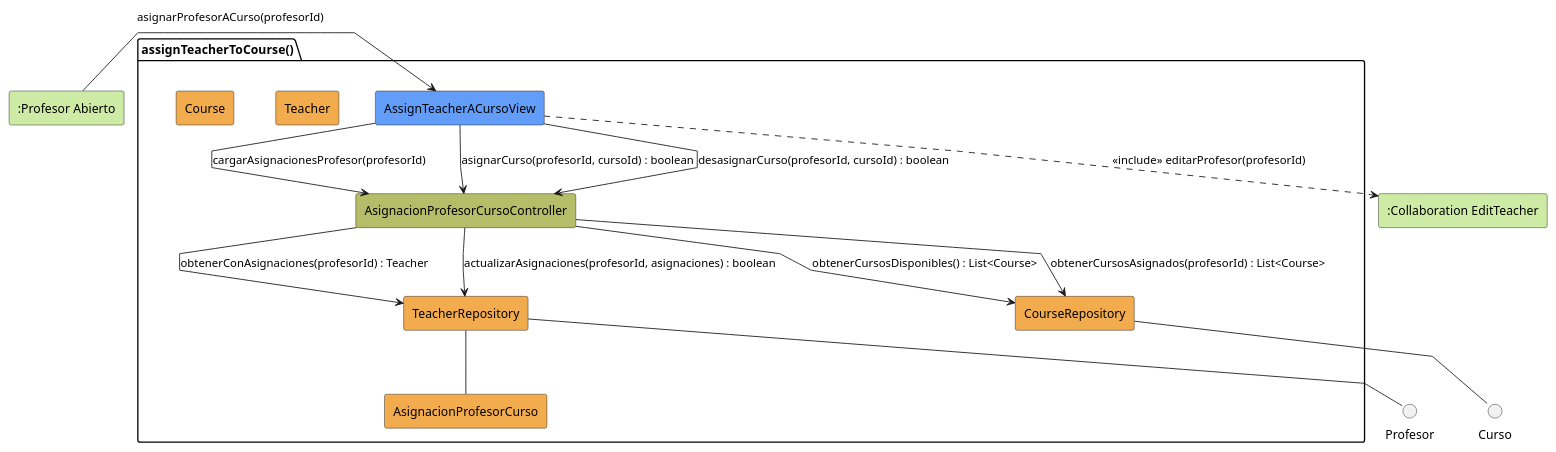
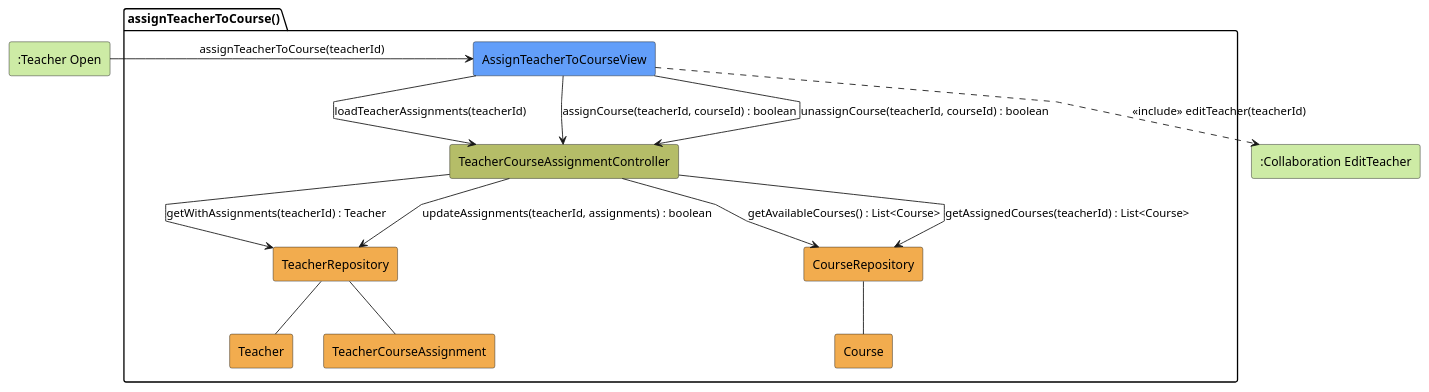
One commit to mmasias/pySigHor changed the diagram in RUP/01-analisis/casos-uso/asignarProfesorACurso/colaboracion.puml. Above: the diagram before and after it, drawn with PlantUML. The commit also changed 3 other files, not shown here.

Commit message:
Fix Spanish naming inconsistencies in collaboration diagrams following domain model conventions

```diff
--- a/RUP/01-analisis/casos-uso/asignarProfesorACurso/colaboracion.puml
+++ b/RUP/01-analisis/casos-uso/asignarProfesorACurso/colaboracion.puml
@@ -1,36 +1,36 @@
 @startuml assignTeacherToCourse-analysis
 skinparam linetype polyline
 
-rectangle #CDEBA5 ":Profesor Abierto" as ProfesorAbierto
+rectangle #CDEBA5 ":Teacher Open" as TeacherOpen
 rectangle #CDEBA5 ":Collaboration EditTeacher" as EditTeacher
 
 package assignTeacherToCourse as "assignTeacherToCourse()" {
-    rectangle #629EF9 AssignTeacherACursoView
-    rectangle #b5bd68 AsignacionProfesorCursoController
+    rectangle #629EF9 AssignTeacherToCourseView
+    rectangle #b5bd68 TeacherCourseAssignmentController
     rectangle #F2AC4E TeacherRepository
     rectangle #F2AC4E CourseRepository
     rectangle #F2AC4E Teacher
-    rectangle #F2AC4E AsignacionProfesorCurso
+    rectangle #F2AC4E TeacherCourseAssignment
     rectangle #F2AC4E Course
 }
 
-ProfesorAbierto -r-> AssignTeacherACursoView: asignarProfesorACurso(profesorId)
+TeacherOpen -r-> AssignTeacherToCourseView: assignTeacherToCourse(teacherId)
 
-AssignTeacherACursoView -d-> AsignacionProfesorCursoController: cargarAsignacionesProfesor(profesorId)
+AssignTeacherToCourseView -d-> TeacherCourseAssignmentController: loadTeacherAssignments(teacherId)
 
-AsignacionProfesorCursoController --> TeacherRepository: obtenerConAsignaciones(profesorId) : Teacher
-AsignacionProfesorCursoController --> CourseRepository: obtenerCursosDisponibles() : List<Course>
-AsignacionProfesorCursoController --> CourseRepository: obtenerCursosAsignados(profesorId) : List<Course>
+TeacherCourseAssignmentController --> TeacherRepository: getWithAssignments(teacherId) : Teacher
+TeacherCourseAssignmentController --> CourseRepository: getAvailableCourses() : List<Course>
+TeacherCourseAssignmentController --> CourseRepository: getAssignedCourses(teacherId) : List<Course>
 
-AssignTeacherACursoView --> AsignacionProfesorCursoController: asignarCurso(profesorId, cursoId) : boolean
-AssignTeacherACursoView --> AsignacionProfesorCursoController: desasignarCurso(profesorId, cursoId) : boolean
+AssignTeacherToCourseView --> TeacherCourseAssignmentController: assignCourse(teacherId, courseId) : boolean
+AssignTeacherToCourseView --> TeacherCourseAssignmentController: unassignCourse(teacherId, courseId) : boolean
 
-AsignacionProfesorCursoController --> TeacherRepository: actualizarAsignaciones(profesorId, asignaciones) : boolean
+TeacherCourseAssignmentController --> TeacherRepository: updateAssignments(teacherId, assignments) : boolean
 
-TeacherRepository -- Profesor
-TeacherRepository -- AsignacionProfesorCurso
-CourseRepository -- Curso
+TeacherRepository -- Teacher
+TeacherRepository -- TeacherCourseAssignment
+CourseRepository -- Course
 
-AssignTeacherACursoView ..> EditTeacher: <<include>> editarProfesor(profesorId)
+AssignTeacherToCourseView ..> EditTeacher: <<include>> editTeacher(teacherId)
 
 @enduml
```
